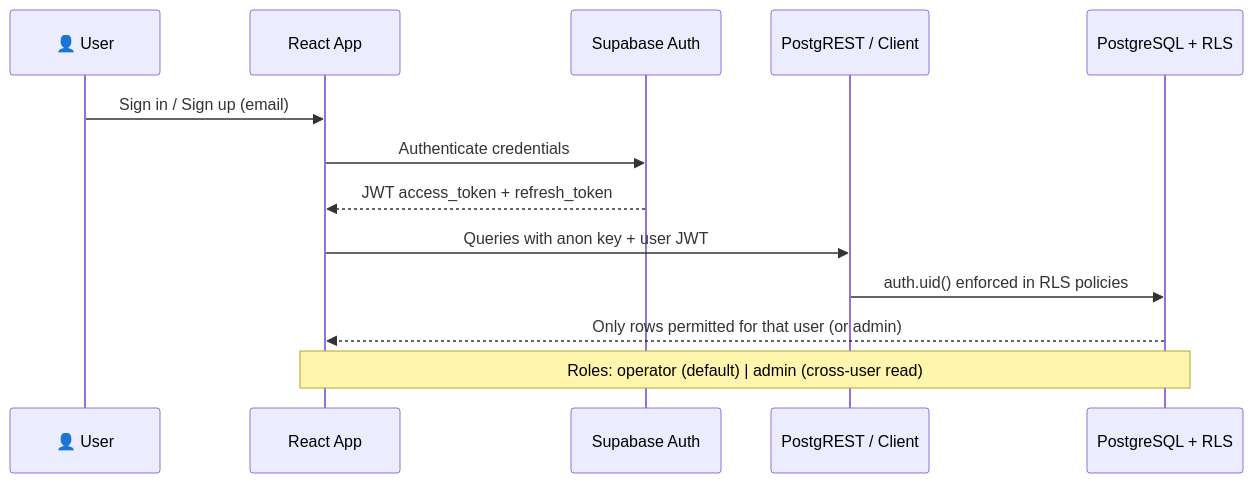
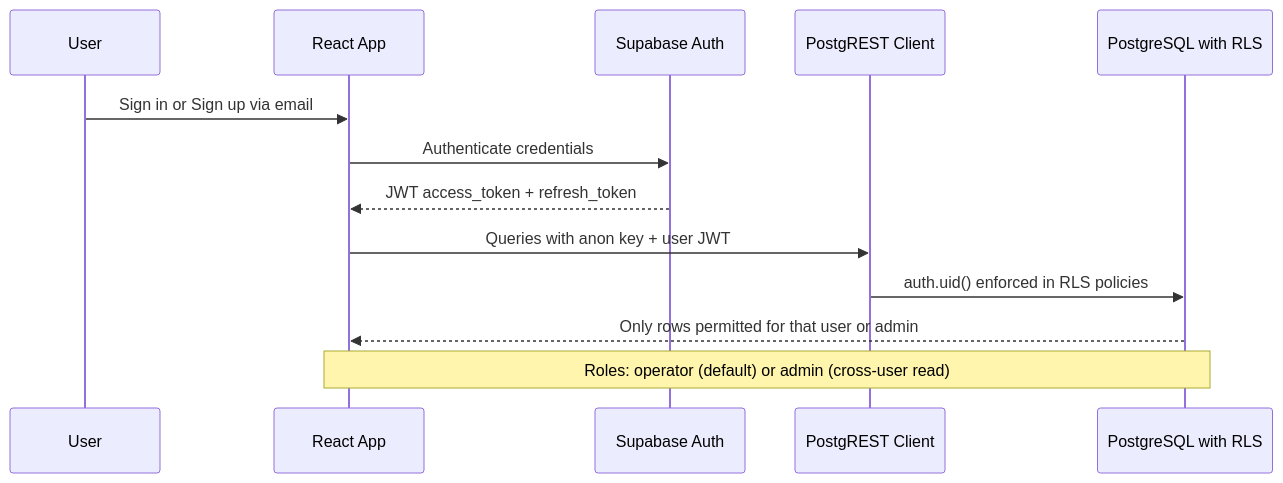
Before and after one commit to Alokkumar2228/BioUrja: the second of 5 diagrams in README.md, drawn with Mermaid. The commit also changed other lines of this file, not shown here.

````diff
--- a/README.md
+++ b/README.md
@@ -195,16 +208,16 @@
 ```mermaid
 sequenceDiagram
-  participant U as 👤 User
+  participant U as User
   participant App as React App
   participant Auth as Supabase Auth
-  participant API as PostgREST / Client
-  participant DB as PostgreSQL + RLS
+  participant API as PostgREST Client
+  participant DB as PostgreSQL with RLS
 
-  U->>App: Sign in / Sign up (email)
+  U->>App: Sign in or Sign up via email
   App->>Auth: Authenticate credentials
   Auth-->>App: JWT access_token + refresh_token
   App->>API: Queries with anon key + user JWT
   API->>DB: auth.uid() enforced in RLS policies
-  DB-->>App: Only rows permitted for that user (or admin)
-  Note over App,DB: Roles: operator (default) | admin (cross-user read)
+  DB-->>App: Only rows permitted for that user or admin
+  Note over App,DB: Roles: operator (default) or admin (cross-user read)
 ```
````
